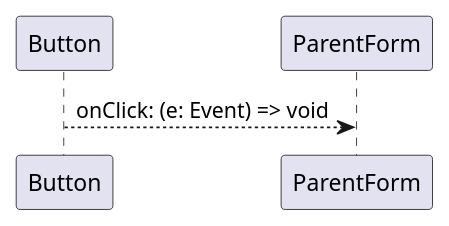
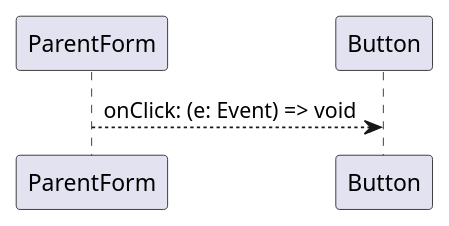
Before and after one commit to Jonathangadeaharder/svelteuml: the first of 2 diagrams in README.md, drawn with PlantUML. The commit also changed other lines of this file, not shown here.

````diff
--- a/README.md
+++ b/README.md
@@ -146,3 +146,3 @@
 ```plantuml
-Button --> ParentForm : onClick: (e: Event) => void
+ParentForm --> Button : onClick: (e: Event) => void
 ```
````
